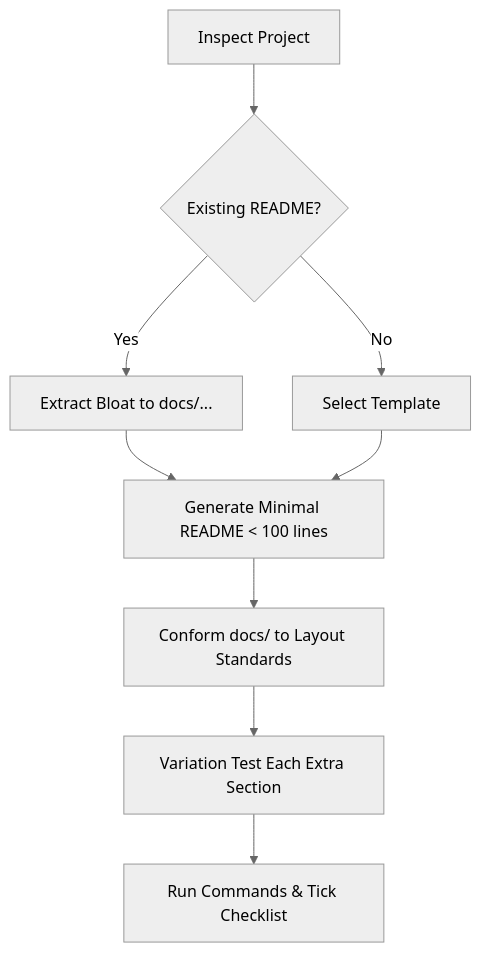
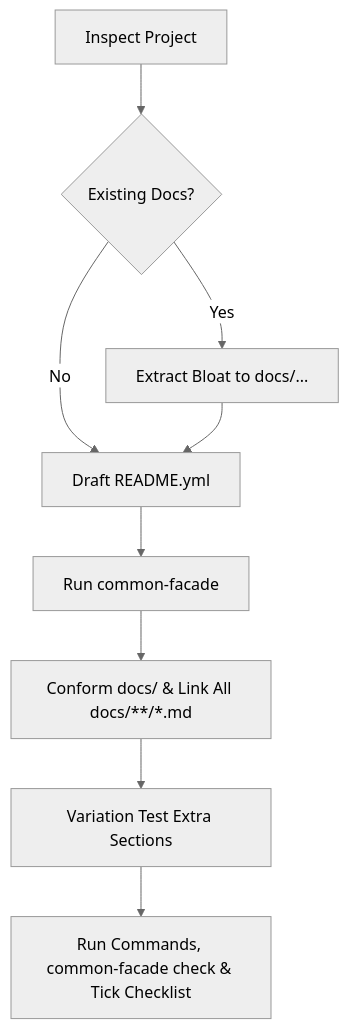
Before and after one commit to Delnegend/dotfiles: the diagram in dot_agents/skills/docs/SKILL.md, drawn with Mermaid (neutral theme). The commit also changed other lines of this file and 8 other files, not shown here.

````diff
--- a/dot_agents/skills/docs/SKILL.md
+++ b/dot_agents/skills/docs/SKILL.md
@@ -27,11 +28,11 @@
 ```mermaid
 flowchart TD
-    A[Inspect Project] --> B{Existing README?}
+    A[Inspect Project] --> B{Existing Docs?}
     B -->|Yes| C[Extract Bloat to docs/...]
-    B -->|No| D[Select Template]
-    C --> E[Generate Minimal README < 100 lines]
-    D --> E
-    E --> F[Conform docs/ to Layout Standards]
-    F --> G[Variation Test Each Extra Section]
-    G --> H[Run Commands & Tick Checklist]
+    B -->|No| D[Draft README.yml]
+    C --> D
+    D --> E[Run common-facade]
+    E --> F[Conform docs/ & Link All docs/**/*.md]
+    F --> G[Variation Test Extra Sections]
+    G --> H[Run Commands, common-facade check & Tick Checklist]
 ```
````
